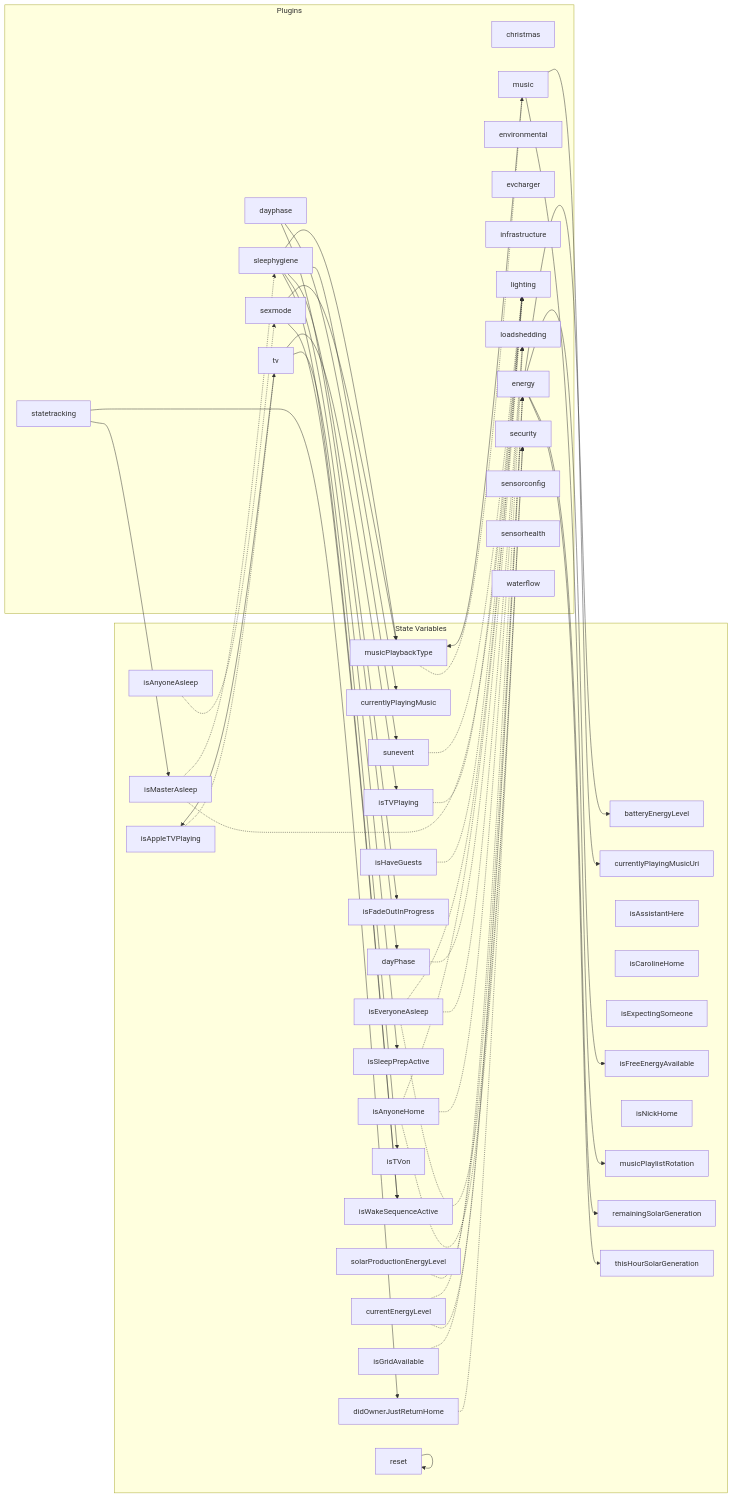
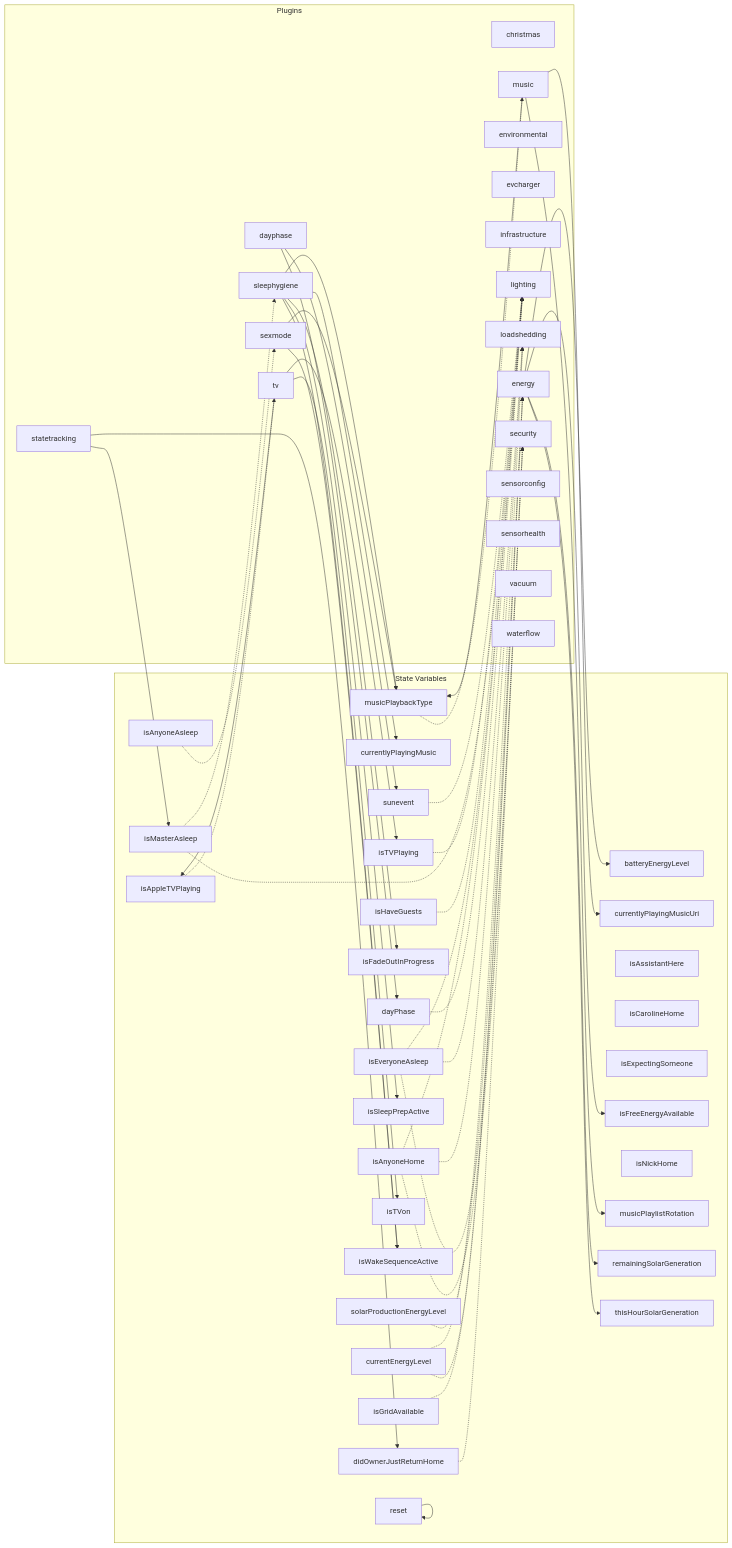
The diagram in docs/generated/plugin-dependencies.md (NickBorgers/home-automation), drawn with Mermaid before and after one commit. The commit also changed 14 other files, not shown here.

```diff
--- a/docs/generated/plugin-dependencies.md
+++ b/docs/generated/plugin-dependencies.md
@@ -55,6 +55,7 @@
         sleephygiene["sleephygiene"]
         statetracking["statetracking"]
         tv["tv"]
+        vacuum["vacuum"]
         waterflow["waterflow"]
     end
 
```
